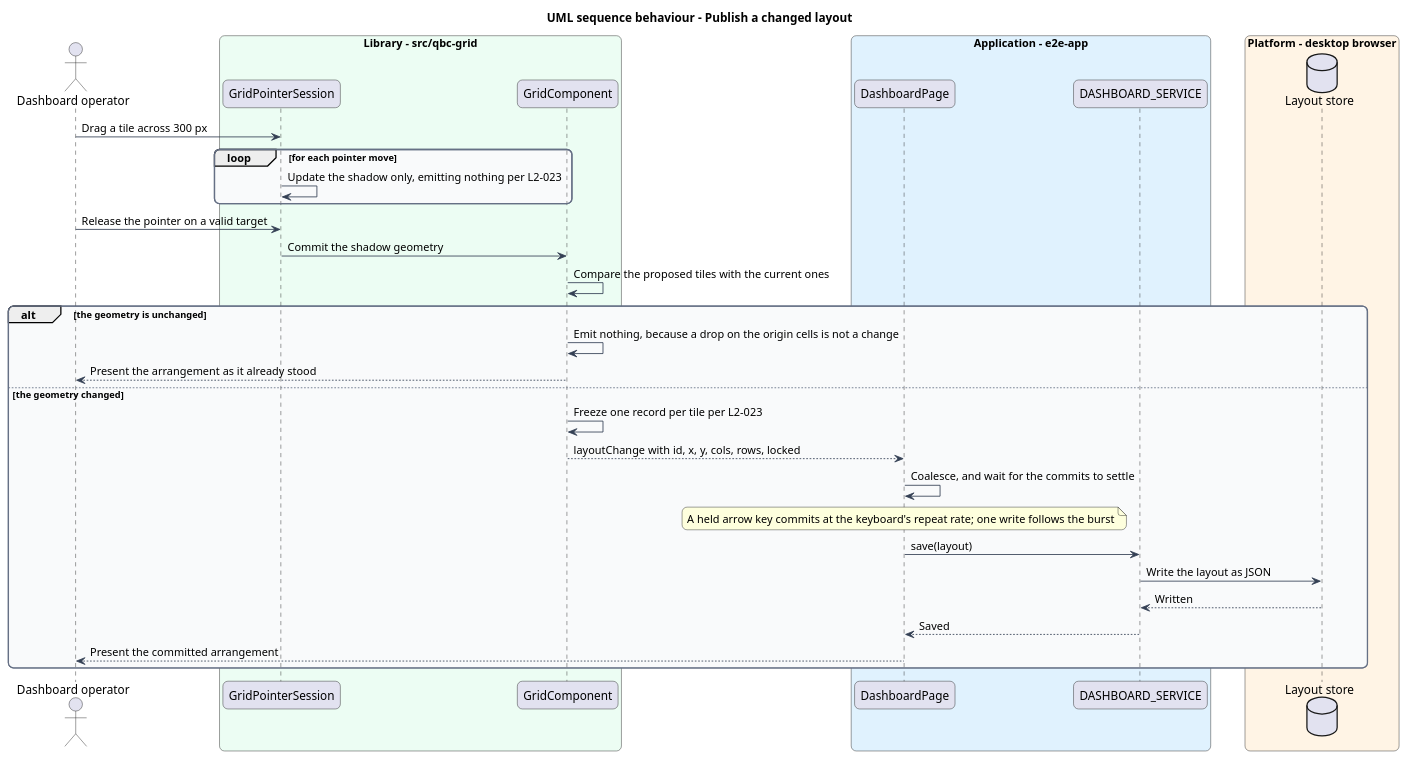
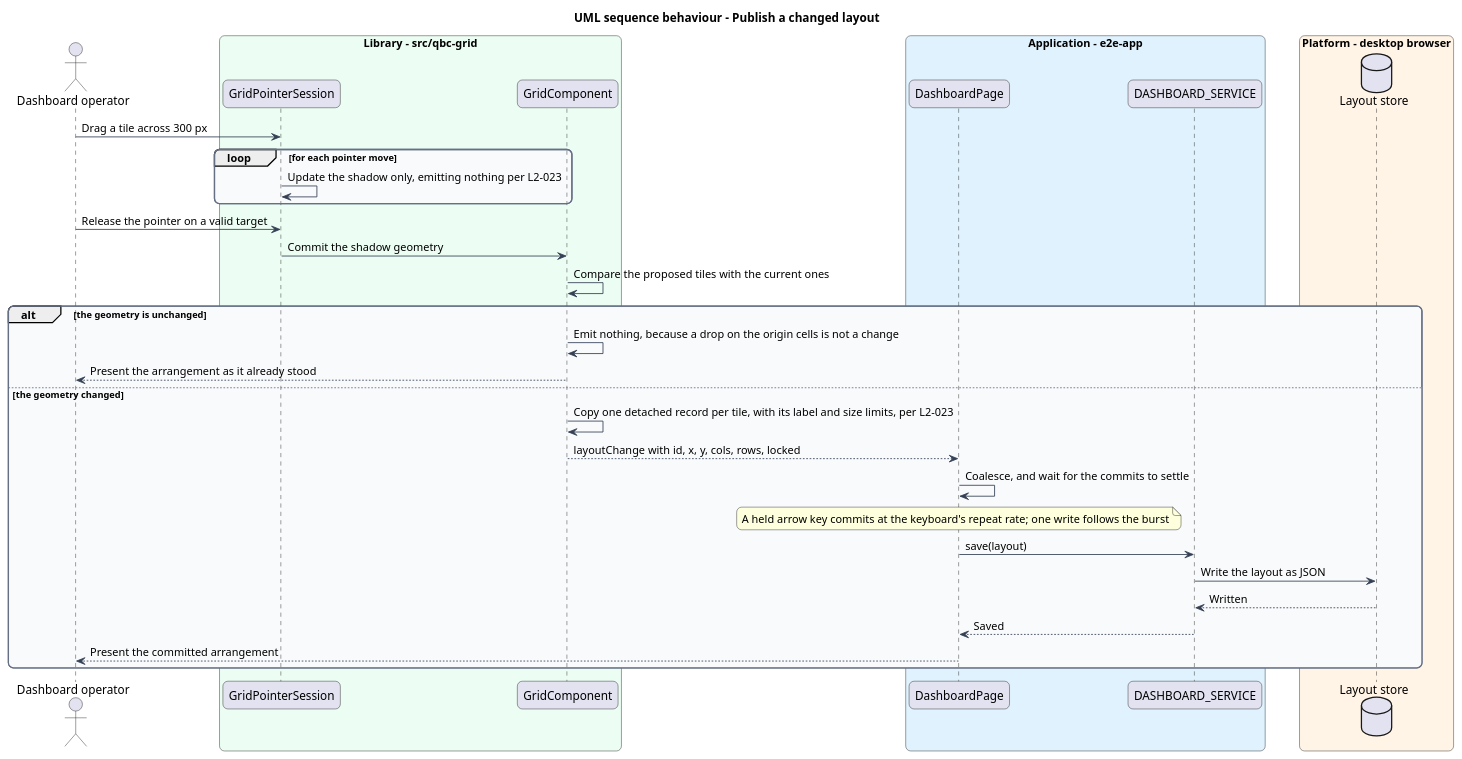
One commit to QuinntyneBrown/qbc-grid changed the diagram in docs/detailed-designs/grid-layout/publish-and-restore-layout/diagrams/sequence-publish.puml. Above: the diagram before and after it, drawn with PlantUML. The commit also changed 7 other files, not shown here.

```diff
--- a/docs/detailed-designs/grid-layout/publish-and-restore-layout/diagrams/sequence-publish.puml
+++ b/docs/detailed-designs/grid-layout/publish-and-restore-layout/diagrams/sequence-publish.puml
@@ -1,51 +1,51 @@
 @startuml
 title UML sequence behaviour - Publish a changed layout
 skinparam backgroundColor #FFFFFF
 skinparam shadowing false
 skinparam roundcorner 12
 skinparam defaultFontName Arial
 skinparam ArrowColor #344054
 skinparam rectangle {
   BorderColor #344054
   FontColor #101828
 }
 skinparam package {
   BorderColor #667085
   FontColor #101828
   BackgroundColor #F9FAFB
 }
 actor "Dashboard operator" as actor
 box "Library - src/qbc-grid" #ECFDF3
   participant "GridPointerSession" as session
   participant "GridComponent" as grid
 end box
 box "Application - e2e-app" #E0F2FE
   participant "DashboardPage" as dashboard
   participant "DASHBOARD_SERVICE" as service
 end box
 box "Platform - desktop browser" #FFF4E5
   database "Layout store" as store
 end box
 
 actor -> session : Drag a tile across 300 px
 loop for each pointer move
   session -> session : Update the shadow only, emitting nothing per L2-023
 end
 actor -> session : Release the pointer on a valid target
 session -> grid : Commit the shadow geometry
 grid -> grid : Compare the proposed tiles with the current ones
 alt the geometry is unchanged
   grid -> grid : Emit nothing, because a drop on the origin cells is not a change
   grid --> actor : Present the arrangement as it already stood
 else the geometry changed
-  grid -> grid : Freeze one record per tile per L2-023
+  grid -> grid : Copy one detached record per tile, with its label and size limits, per L2-023
   grid --> dashboard : layoutChange with id, x, y, cols, rows, locked
   dashboard -> dashboard : Coalesce, and wait for the commits to settle
   note over dashboard : A held arrow key commits at the keyboard's repeat rate; one write follows the burst
   dashboard -> service : save(layout)
   service -> store : Write the layout as JSON
   store --> service : Written
   service --> dashboard : Saved
   dashboard --> actor : Present the committed arrangement
 end
 @enduml
```
